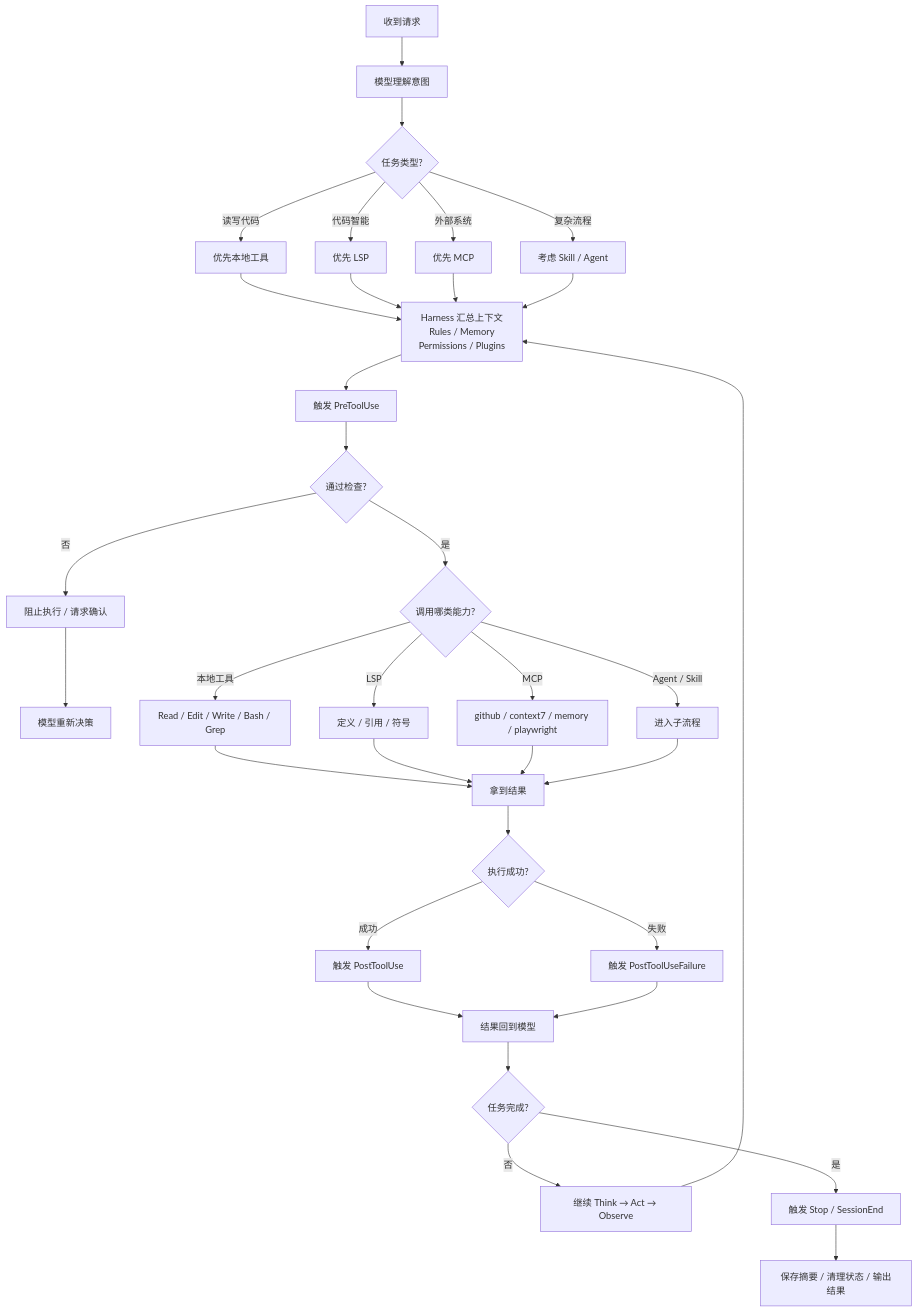
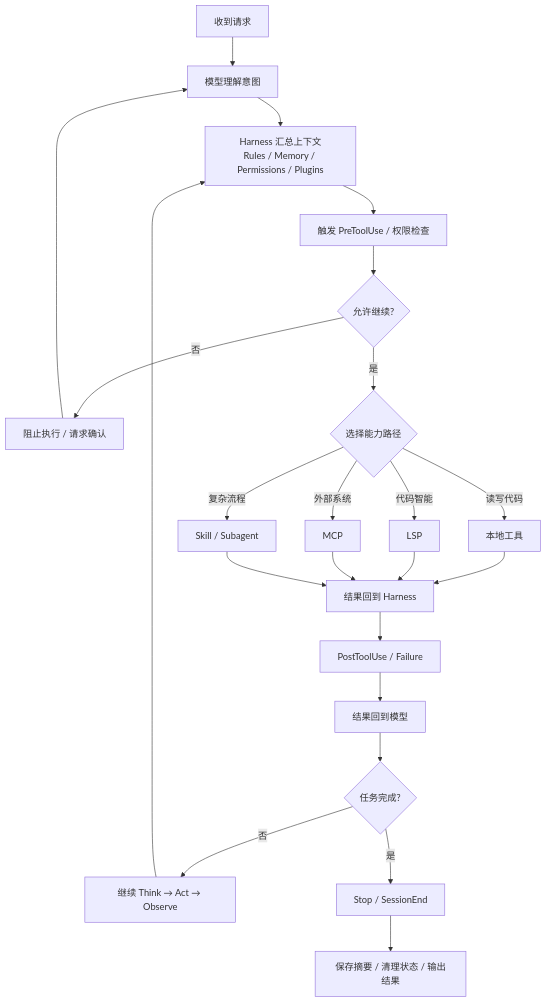
The fourth of 8 diagrams in sections/02-terms.md (boycecong-hue/OCTOPUS-GAME-AI-SHARE), drawn with Mermaid before and after one commit. The commit also changed other lines of this file, not shown here.

Commit message:
docs: fix harness execution-layer framing

````diff
--- a/sections/02-terms.md
+++ b/sections/02-terms.md
@@ -151,45 +154,29 @@
 ```mermaid
 flowchart TD
     S[收到请求] --> N1[模型理解意图]
-    N1 --> N2{任务类型?}
+    N1 --> N2[Harness 汇总上下文\nRules / Memory / Permissions / Plugins]
+    N2 --> N3[触发 PreToolUse / 权限检查]
+    N3 --> N4{允许继续?}
 
-    N2 -->|读写代码| N3[优先本地工具]
-    N2 -->|代码智能| N4[优先 LSP]
-    N2 -->|外部系统| N5[优先 MCP]
-    N2 -->|复杂流程| N6[考虑 Skill / Agent]
+    N4 -->|否| N5[阻止执行 / 请求确认]
+    N5 --> N1
 
-    N3 --> N7[Harness 汇总上下文\nRules / Memory\nPermissions / Plugins]
-    N4 --> N7
-    N5 --> N7
-    N6 --> N7
+    N4 -->|是| N6{选择能力路径}
+    N6 -->|读写代码| N7[本地工具]
+    N6 -->|代码智能| N8[LSP]
+    N6 -->|外部系统| N9[MCP]
+    N6 -->|复杂流程| N10[Skill / Subagent]
 
-    N7 --> N8[触发 PreToolUse]
-    N8 --> N9{通过检查?}
+    N7 --> N11[结果回到 Harness]
+    N8 --> N11
+    N9 --> N11
+    N10 --> N11
 
-    N9 -->|否| N10[阻止执行 / 请求确认]
-    N10 --> N11[模型重新决策]
-
-    N9 -->|是| N12{调用哪类能力?}
-    N12 -->|本地工具| N13[Read / Edit / Write / Bash / Grep]
-    N12 -->|LSP| N14[定义 / 引用 / 符号]
-    N12 -->|MCP| N15[github / context7 / memory / playwright]
-    N12 -->|Agent / Skill| N16[进入子流程]
-
-    N13 --> N17[拿到结果]
-    N14 --> N17
-    N15 --> N17
-    N16 --> N17
-
-    N17 --> N18{执行成功?}
-    N18 -->|成功| N19[触发 PostToolUse]
-    N18 -->|失败| N20[触发 PostToolUseFailure]
-
-    N19 --> N21[结果回到模型]
-    N20 --> N21
-
-    N21 --> N22{任务完成?}
-    N22 -->|否| N23[继续 Think → Act → Observe]
-    N23 --> N7
-    N22 -->|是| N24[触发 Stop / SessionEnd]
-    N24 --> N25[保存摘要 / 清理状态 / 输出结果]
+    N11 --> N12[PostToolUse / Failure]
+    N12 --> N13[结果回到模型]
+    N13 --> N14{任务完成?}
+    N14 -->|否| N15[继续 Think → Act → Observe]
+    N15 --> N2
+    N14 -->|是| N16[Stop / SessionEnd]
+    N16 --> N17[保存摘要 / 清理状态 / 输出结果]
 ```
````
